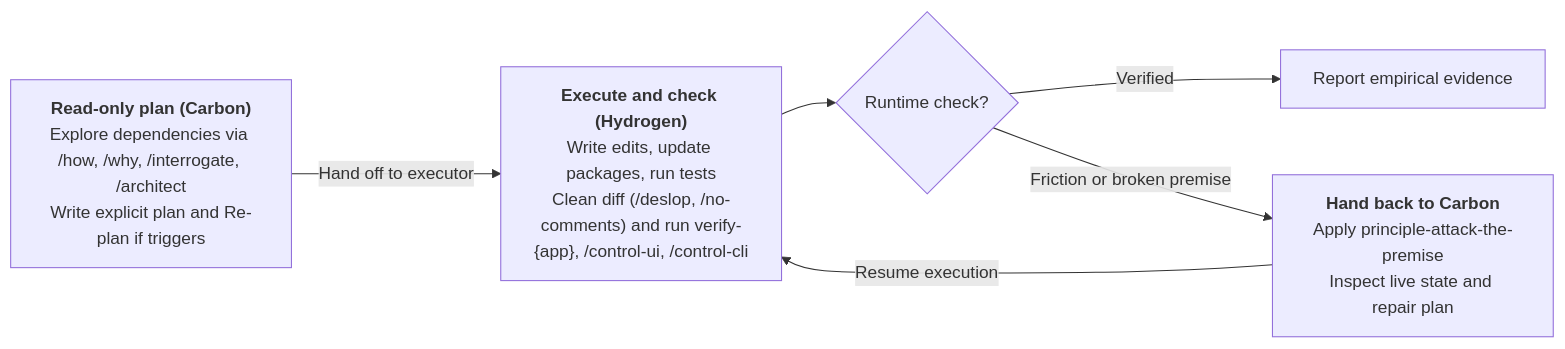
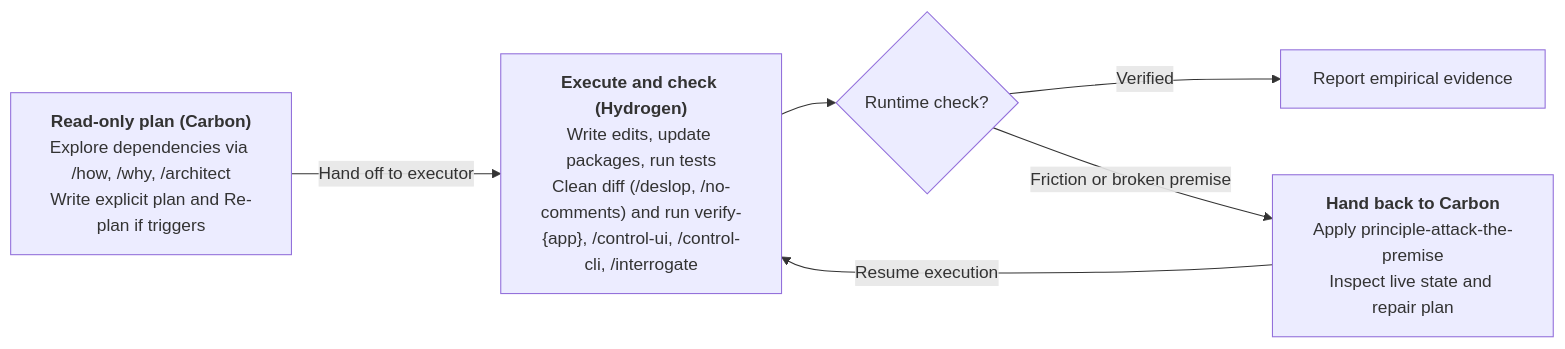
The first of 2 diagrams in docs/architecture-and-swarm.md (jmxt3/astack), drawn with Mermaid before and after one commit. The commit also changed other lines of this file and 10 other files, not shown here.

First line of the commit message:
feat(skills): restore upstream pstack v0.15.36 rigor in interrogate, arena, architect, and fanout

````diff
--- a/docs/architecture-and-swarm.md
+++ b/docs/architecture-and-swarm.md
@@ -38,14 +38,14 @@
 ```mermaid
 flowchart LR
     Plan["`**Read-only plan (Carbon)**
-Explore dependencies via /how, /why, /interrogate, /architect
+Explore dependencies via /how, /why, /architect
 Write explicit plan and Re-plan if triggers`"] -->|"Hand off to executor"| Exec["`**Execute and check (Hydrogen)**
 Write edits, update packages, run tests
-Clean diff (/deslop, /no-comments) and run verify-{app}, /control-ui, /control-cli`"]
+Clean diff (/deslop, /no-comments) and run verify-{app}, /control-ui, /control-cli, /interrogate`"]
     Exec --> Gate{"Runtime check?"}
     Gate -->|"Verified"| Done["`Report empirical evidence`"]
     Gate -->|"Friction or broken premise"| Recover["`**Hand back to Carbon**
 Apply principle-attack-the-premise
 Inspect live state and repair plan`"]
     Recover -->|"Resume execution"| Exec
 ```
````
